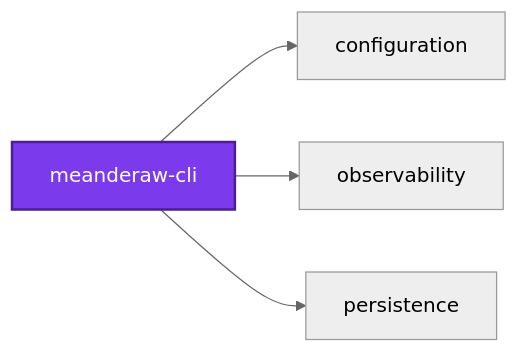
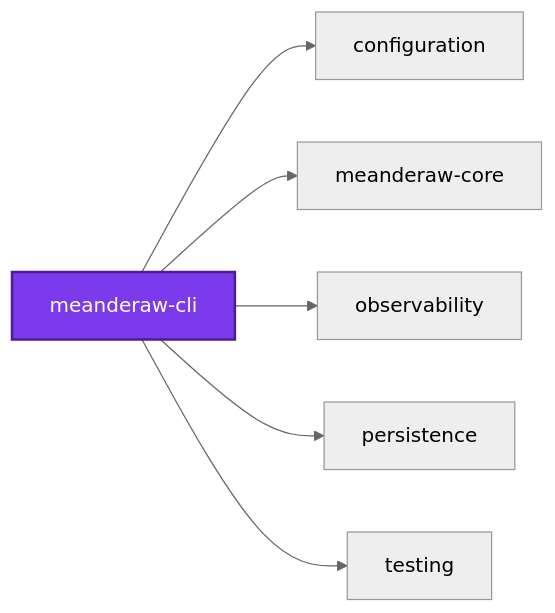
The first of 3 diagrams in projects/meanderaw/meanderaw-cli/codependix.md (organizzolini/codebase), drawn with Mermaid (neutral theme) before and after one commit. The commit also changed other lines of this file and 1 other file, not shown here.

Commit message:
docs(meanderaw): 📝 regenerate the codependix graphs for meanderaw-cli and meanderaw-core

````diff
--- a/projects/meanderaw/meanderaw-cli/codependix.md
+++ b/projects/meanderaw/meanderaw-cli/codependix.md
@@ -8,12 +8,16 @@
 ```mermaid
 graph LR
   configuration["configuration"]
   meanderaw_cli["meanderaw-cli"]
+  meanderaw_core["meanderaw-core"]
   observability["observability"]
   persistence["persistence"]
+  testing["testing"]
   meanderaw_cli --> configuration
+  meanderaw_cli --> meanderaw_core
   meanderaw_cli --> observability
   meanderaw_cli --> persistence
+  meanderaw_cli --> testing
   classDef subject fill:#7c3aed,color:#fff,stroke:#4c1d95,stroke-width:2px
   class meanderaw_cli subject
 ```
````
